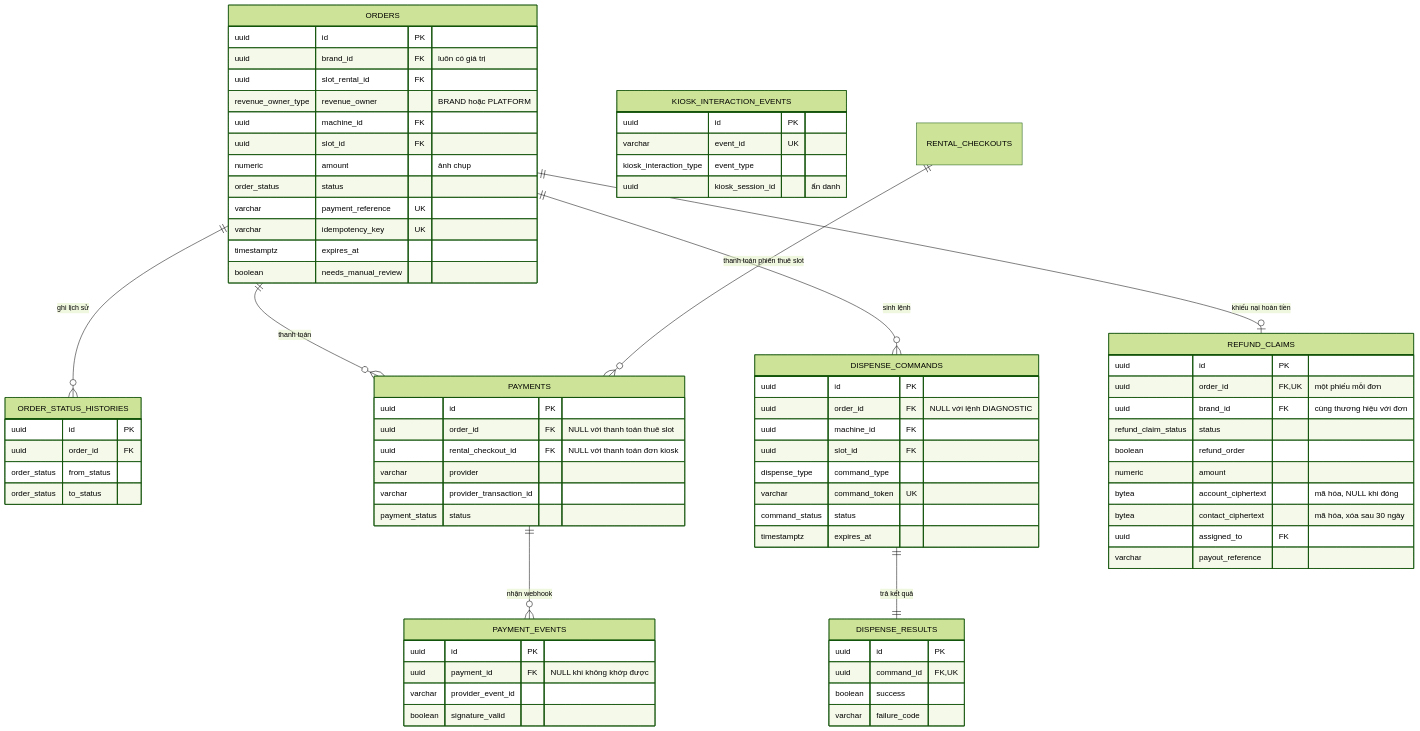
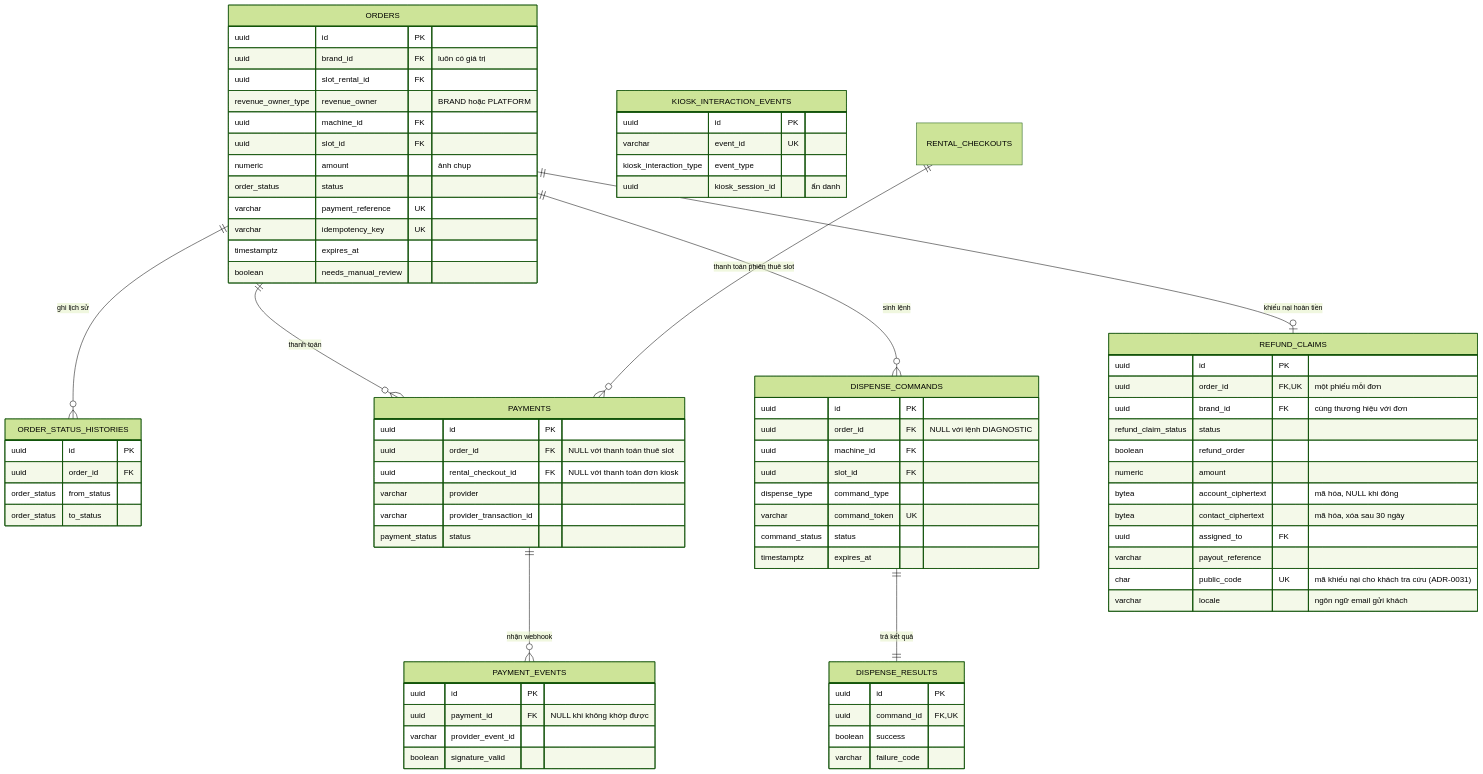
The fifth of 8 diagrams in spec/contracts/erd.md (nhax-work/Muti-Brand_PerfumeIOT), drawn with Mermaid (forest theme) before and after one commit. The commit also changed other lines of this file and 81 other files, not shown here.

````diff
--- a/spec/contracts/erd.md
+++ b/spec/contracts/erd.md
@@ -436,79 +437,81 @@
 ```mermaid
 erDiagram
     ORDERS {
         uuid id PK
         uuid brand_id FK "luôn có giá trị"
         uuid slot_rental_id FK
         revenue_owner_type revenue_owner "BRAND hoặc PLATFORM"
         uuid machine_id FK
         uuid slot_id FK
         numeric amount "ảnh chụp"
         order_status status
         varchar payment_reference UK
         varchar idempotency_key UK
         timestamptz expires_at
         boolean needs_manual_review
     }
     ORDER_STATUS_HISTORIES {
         uuid id PK
         uuid order_id FK
         order_status from_status
         order_status to_status
     }
     PAYMENTS {
         uuid id PK
         uuid order_id FK "NULL với thanh toán thuê slot"
         uuid rental_checkout_id FK "NULL với thanh toán đơn kiosk"
         varchar provider
         varchar provider_transaction_id
         payment_status status
     }
     PAYMENT_EVENTS {
         uuid id PK
         uuid payment_id FK "NULL khi không khớp được"
         varchar provider_event_id
         boolean signature_valid
     }
     DISPENSE_COMMANDS {
         uuid id PK
         uuid order_id FK "NULL với lệnh DIAGNOSTIC"
         uuid machine_id FK
         uuid slot_id FK
         dispense_type command_type
         varchar command_token UK
         command_status status
         timestamptz expires_at
     }
     DISPENSE_RESULTS {
         uuid id PK
         uuid command_id FK,UK
         boolean success
         varchar failure_code
     }
     KIOSK_INTERACTION_EVENTS {
         uuid id PK
         varchar event_id UK
         kiosk_interaction_type event_type
         uuid kiosk_session_id "ẩn danh"
     }
     REFUND_CLAIMS {
         uuid id PK
         uuid order_id FK,UK "một phiếu mỗi đơn"
         uuid brand_id FK "cùng thương hiệu với đơn"
         refund_claim_status status
         boolean refund_order
         numeric amount
         bytea account_ciphertext "mã hóa, NULL khi đóng"
         bytea contact_ciphertext "mã hóa, xóa sau 30 ngày"
         uuid assigned_to FK
         varchar payout_reference
+        char public_code UK "mã khiếu nại cho khách tra cứu (ADR-0031)"
+        varchar locale "ngôn ngữ email gửi khách"
     }
 
     ORDERS ||--o{ ORDER_STATUS_HISTORIES : "ghi lịch sử"
     ORDERS ||--o{ PAYMENTS : "thanh toán"
     RENTAL_CHECKOUTS ||--o{ PAYMENTS : "thanh toán phiên thuê slot"
     PAYMENTS ||--o{ PAYMENT_EVENTS : "nhận webhook"
     ORDERS ||--o{ DISPENSE_COMMANDS : "sinh lệnh"
     DISPENSE_COMMANDS ||--|| DISPENSE_RESULTS : "trả kết quả"
     ORDERS ||--o| REFUND_CLAIMS : "khiếu nại hoàn tiền"
 ```
````
